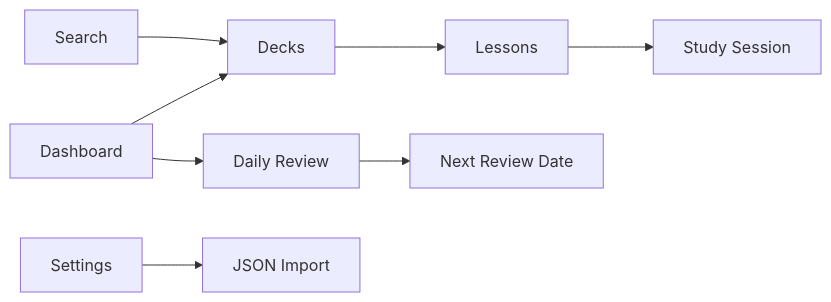
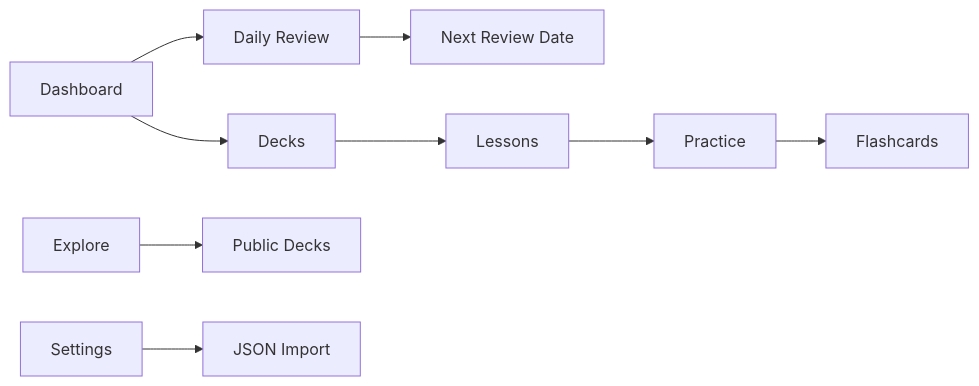
One commit to pvnpll/revia changed the second of 2 diagrams in revia/docs/application/layman-guide.md. Above: the diagram before and after it, drawn with Mermaid. The commit also changed other lines of this file and 42 other files, not shown here.

First line of the commit message:
Ship Revia v1.4.0: Practice mode and Daily Review split.

````diff
--- a/revia/docs/application/layman-guide.md
+++ b/revia/docs/application/layman-guide.md
@@ -69,10 +75,11 @@
 ```mermaid
 flowchart LR
-  Dashboard[Dashboard] --> Decks[Decks]
+  Practice[Practice] --> Cards[Flashcards]
+  Dashboard[Dashboard] --> DailyReview[Daily Review]
+  DailyReview --> Scheduling[Next Review Date]
+  Dashboard --> Decks[Decks]
   Decks --> Lessons[Lessons]
-  Lessons --> Study[Study Session]
-  Dashboard --> Review[Daily Review]
-  Review --> Scheduling[Next Review Date]
+  Lessons --> Practice
+  Explore[Explore] --> PublicDecks[Public Decks]
   Settings[Settings] --> Import[JSON Import]
-  Search[Search] --> Decks
 ```
````
